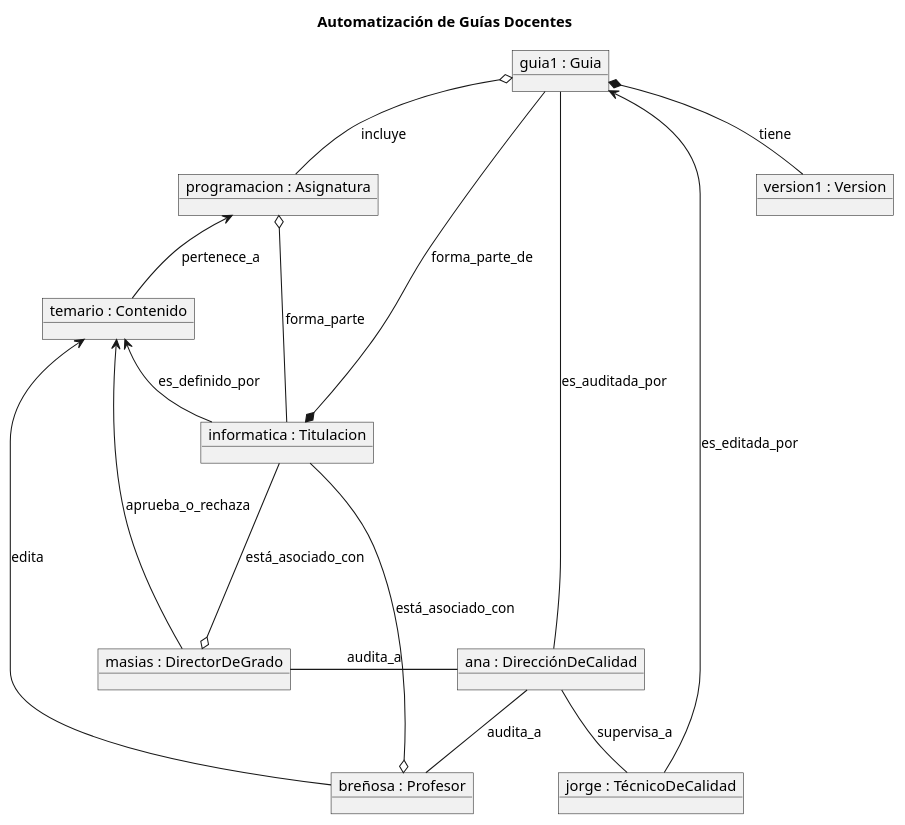
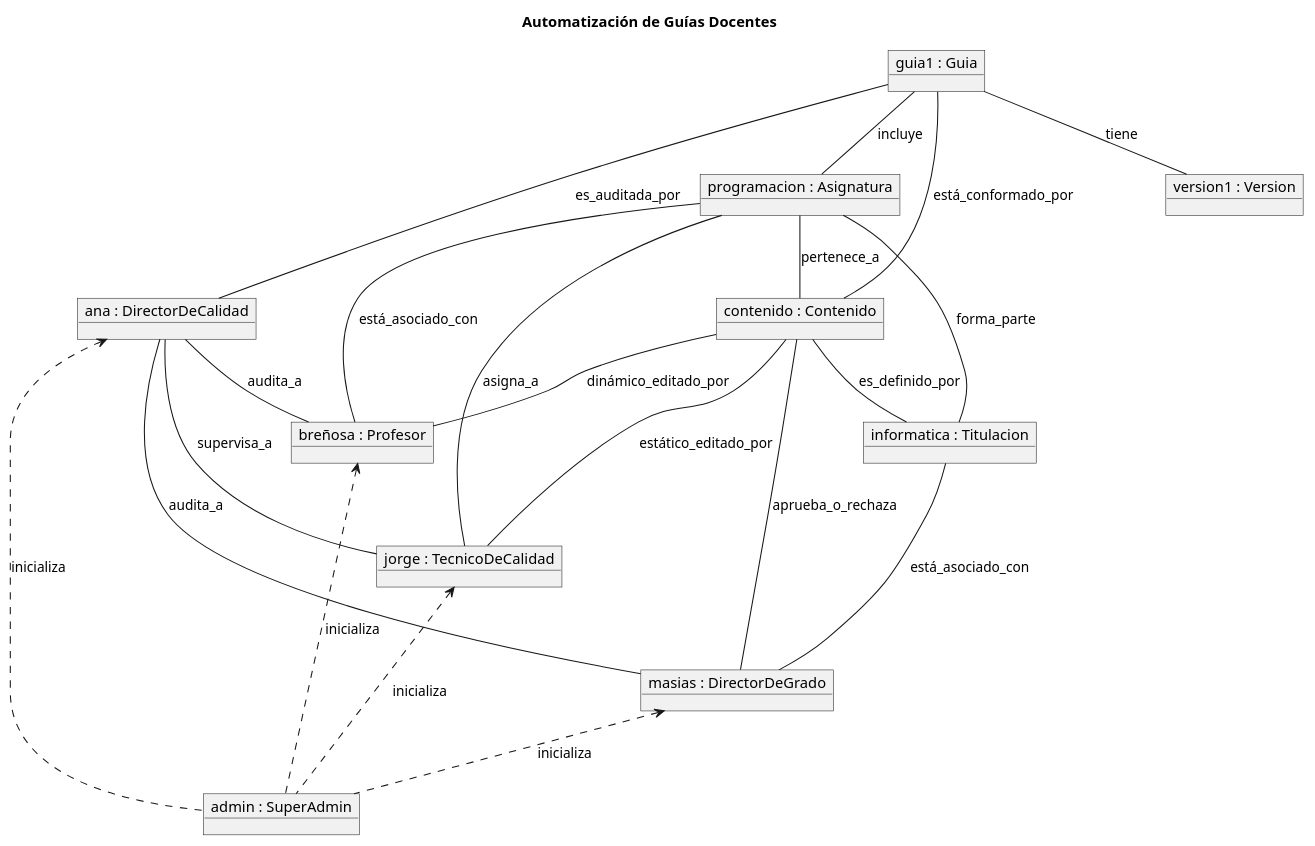
Before and after one commit to mmasias/24-25-IdSw1-SDR: the diagram in ModeloDelDominio/DiagramaDeObjetos.puml, drawn with PlantUML. The commit also changed 1 other file, not shown here.

Commit message:
cambio en diagrama de objetos

```diff
--- a/ModeloDelDominio/DiagramaDeObjetos.puml
+++ b/ModeloDelDominio/DiagramaDeObjetos.puml
@@ -1,36 +1,41 @@
-@startuml DiagramaDeObjetos
+@startuml DiagramaDeObjetos 
 title Automatización de Guías Docentes
 
 object "guia1 : Guia" as guia1
-object "ana : DirecciónDeCalidad" as ana
-object "jorge : TécnicoDeCalidad" as jorge
+object "ana : DirectorDeCalidad" as ana
+object "jorge : TecnicoDeCalidad" as jorge
 object "breñosa : Profesor" as breñosa
 object "masias : DirectorDeGrado" as masias
-object "temario : Contenido" as temario
+object "contenido : Contenido" as contenido
 object "informatica : Titulacion" as informatica
 object "programacion : Asignatura" as programacion
 object "version1 : Version" as version1
+object "admin : SuperAdmin" as admin
 
-guia1 --* informatica : "forma_parte_de"
-guia1 o-- programacion : "incluye"
+guia1 -- programacion : "incluye"
 
-programacion <-down- temario : "pertenece_a"
-programacion o-down- informatica : "forma_parte"
-
-guia1 -down- ana : "es_auditada_por"
-guia1 <-down- jorge : "es_editada_por"
-guia1 *-down- version1 : "tiene"
-
-temario <-- informatica : "es_definido_por"
+programacion -down- contenido : "pertenece_a"
+programacion -down- informatica : "forma_parte"
+programacion -down- jorge : "asigna_a"
+programacion -down- breñosa : está_asociado_con
 
 ana -- jorge : "supervisa_a"
 ana -- breñosa : "audita_a"
-ana -l-- masias : "audita_a"
+ana -- masias : "audita_a"
 
-breñosa o-up-- informatica : "está_asociado_con"
-masias o-up-- informatica : "está_asociado_con"
+guia1 -down- ana : "es_auditada_por"
+guia1 -down- version1 : "tiene"
 
-temario <- masias : "aprueba_o_rechaza"
-temario <-- breñosa : "edita"
+contenido -- informatica : "es_definido_por"
+contenido - masias : "aprueba_o_rechaza"
+contenido -- breñosa : "dinámico_editado_por"
+contenido -- jorge : "estático_editado_por"
+contenido -up- guia1 : "está_conformado_por"
 
+masias -up-- informatica : "está_asociado_con"
+
+admin .up.> breñosa : "inicializa"
+admin .up.> jorge : "inicializa"
+admin .up.> masias : "inicializa"
+admin .up.> ana : "inicializa"
 @enduml
```
